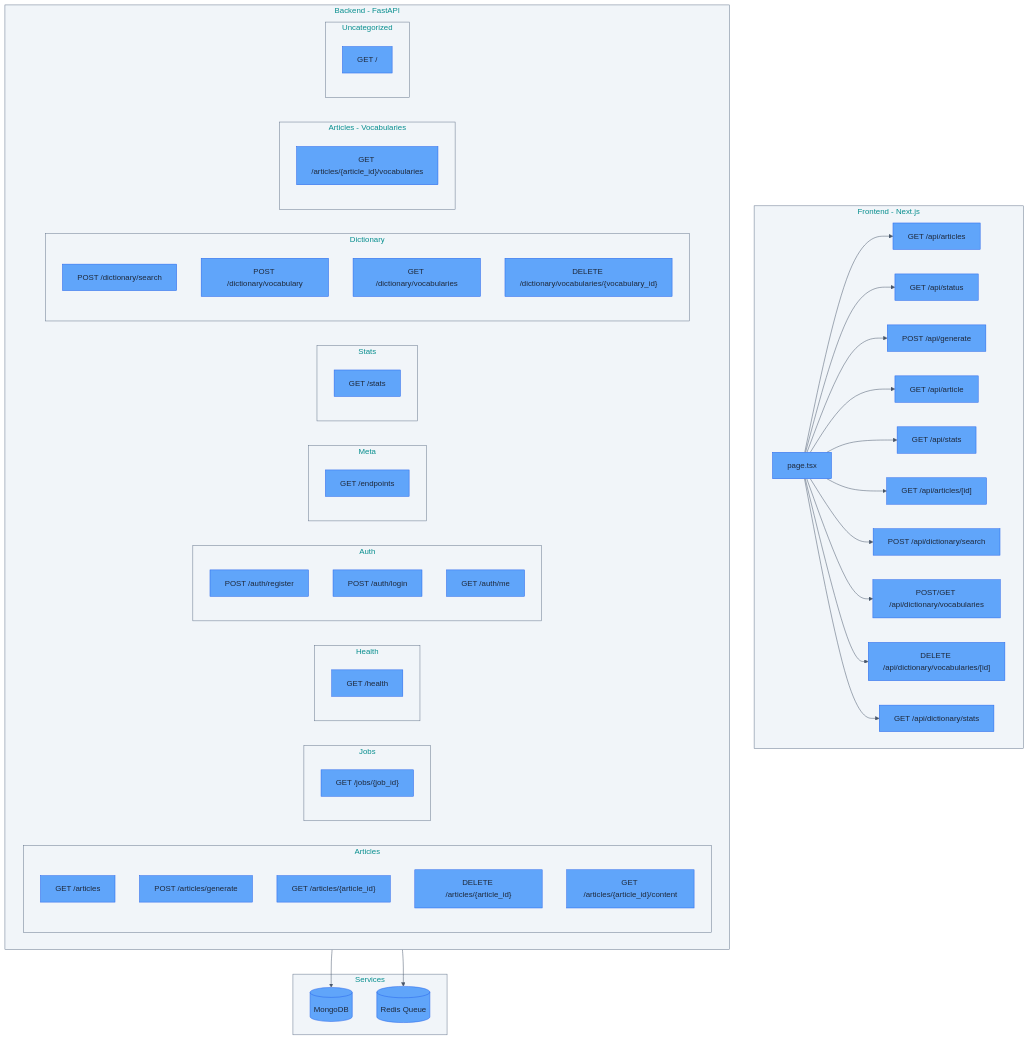
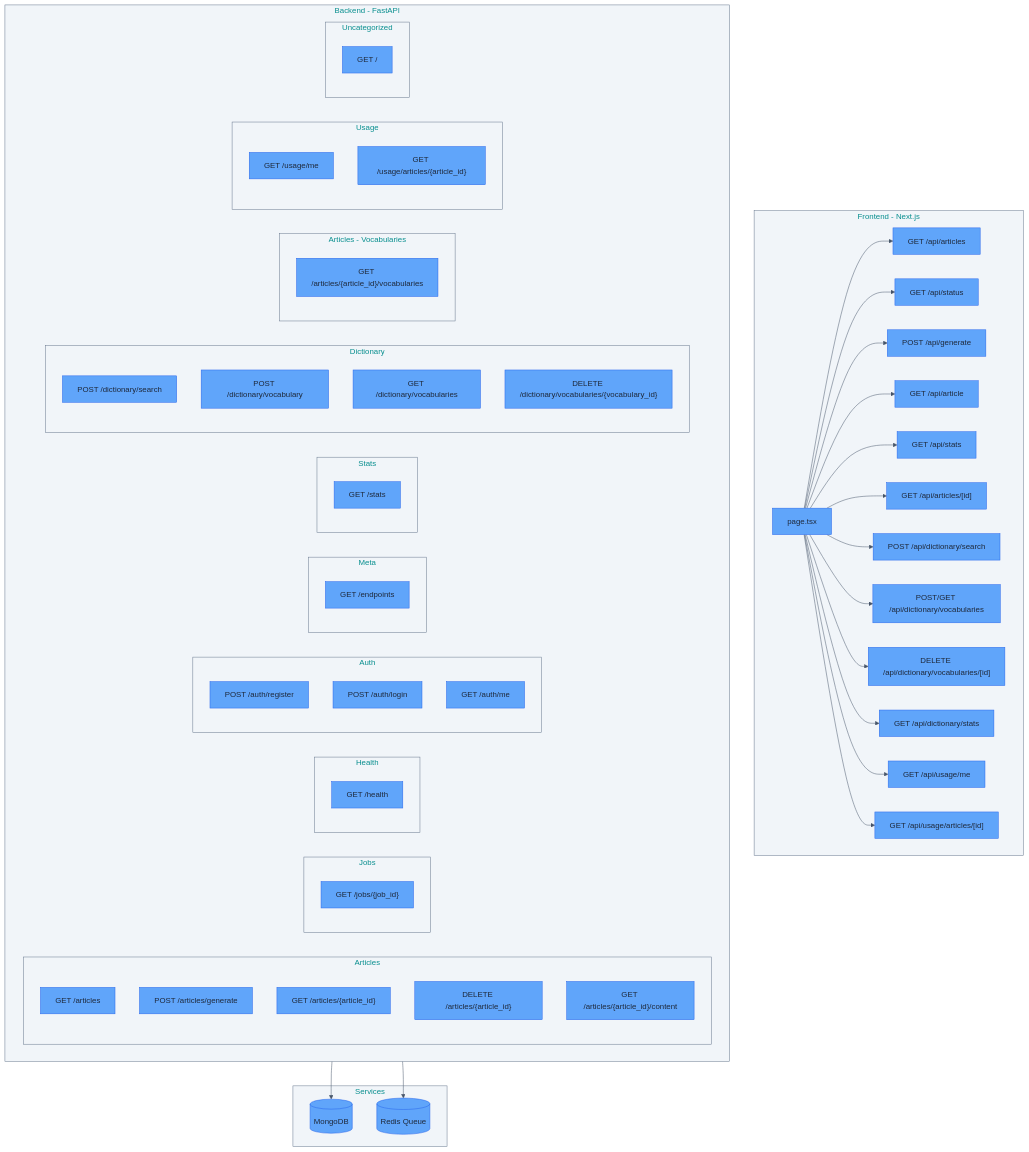
One commit to seung-gu/opad changed the first of 3 diagrams in docs/REFERENCE.md. Above: the diagram before and after it, drawn with Mermaid. The commit also changed other lines of this file and 37 other files, not shown here.

````diff
--- a/docs/REFERENCE.md
+++ b/docs/REFERENCE.md
@@ -11,73 +11,81 @@
 ```mermaid
 %%{init: {'theme':'base', 'themeVariables': {'primaryColor':'#60a5fa','primaryTextColor':'#1e293b','primaryBorderColor':'#2563eb','lineColor':'#475569','secondaryColor':'#4ade80','tertiaryColor':'#f87171','clusterBkg':'#f1f5f9','clusterBorder':'#64748b'}}}%%
 graph TB
     subgraph Frontend["Frontend - Next.js"]
         FE["page.tsx"]
         API__api_articles["GET /api/articles"]
         FE --> API__api_articles
         API__api_status["GET /api/status"]
         FE --> API__api_status
         API__api_generate["POST /api/generate"]
         FE --> API__api_generate
         API__api_article["GET /api/article"]
         FE --> API__api_article
         API__api_stats["GET /api/stats"]
         FE --> API__api_stats
         API__api_articles_id["GET /api/articles/[id]"]
         FE --> API__api_articles_id
         API__api_dictionary_search["POST /api/dictionary/search"]
         FE --> API__api_dictionary_search
         API__api_dictionary_vocabularies["POST/GET /api/dictionary/vocabularies"]
         FE --> API__api_dictionary_vocabularies
         API__api_dictionary_vocabularies_id["DELETE /api/dictionary/vocabularies/[id]"]
         FE --> API__api_dictionary_vocabularies_id
         API__api_dictionary_stats["GET /api/dictionary/stats"]
         FE --> API__api_dictionary_stats
+        API__api_usage_me["GET /api/usage/me"]
+        FE --> API__api_usage_me
+        API__api_usage_articles["GET /api/usage/articles/[id]"]
+        FE --> API__api_usage_articles
     end
 
     subgraph Backend["Backend - FastAPI"]
         subgraph Articles["Articles"]
             FastAPI__articles["GET /articles"]
             FastAPI__articles_generate["POST /articles/generate"]
             FastAPI__articles_get["GET /articles/{article_id}"]
             FastAPI__articles_delete["DELETE /articles/{article_id}"]
             FastAPI__articles_content["GET /articles/{article_id}/content"]
         end
         subgraph Jobs["Jobs"]
             FastAPI__jobs_job_id["GET /jobs/{job_id}"]
         end
         subgraph Health["Health"]
             FastAPI__health["GET /health"]
         end
         subgraph Auth["Auth"]
             FastAPI__auth_register["POST /auth/register"]
             FastAPI__auth_login["POST /auth/login"]
             FastAPI__auth_me["GET /auth/me"]
         end
         subgraph Meta["Meta"]
             FastAPI__endpoints["GET /endpoints"]
         end
         subgraph Stats["Stats"]
             FastAPI__stats["GET /stats"]
         end
         subgraph Dictionary["Dictionary"]
             FastAPI__dictionary_search["POST /dictionary/search"]
             FastAPI__dictionary_vocab_post["POST /dictionary/vocabulary"]
             FastAPI__dictionary_vocab_get["GET /dictionary/vocabularies"]
             FastAPI__dictionary_vocab_delete["DELETE /dictionary/vocabularies/{vocabulary_id}"]
         end
         subgraph ArticleVocab["Articles - Vocabularies"]
             FastAPI__articles_vocabularies["GET /articles/{article_id}/vocabularies"]
         end
+        subgraph Usage["Usage"]
+            FastAPI__usage_me["GET /usage/me"]
+            FastAPI__usage_articles["GET /usage/articles/{article_id}"]
+        end
         subgraph Uncategorized["Uncategorized"]
             FastAPI__root["GET /"]
         end
     end
 
     subgraph Services["Services"]
         MongoDB[("MongoDB")]
         Redis[("Redis Queue")]
     end
     Backend --> MongoDB
     Backend --> Redis
 ```
````
